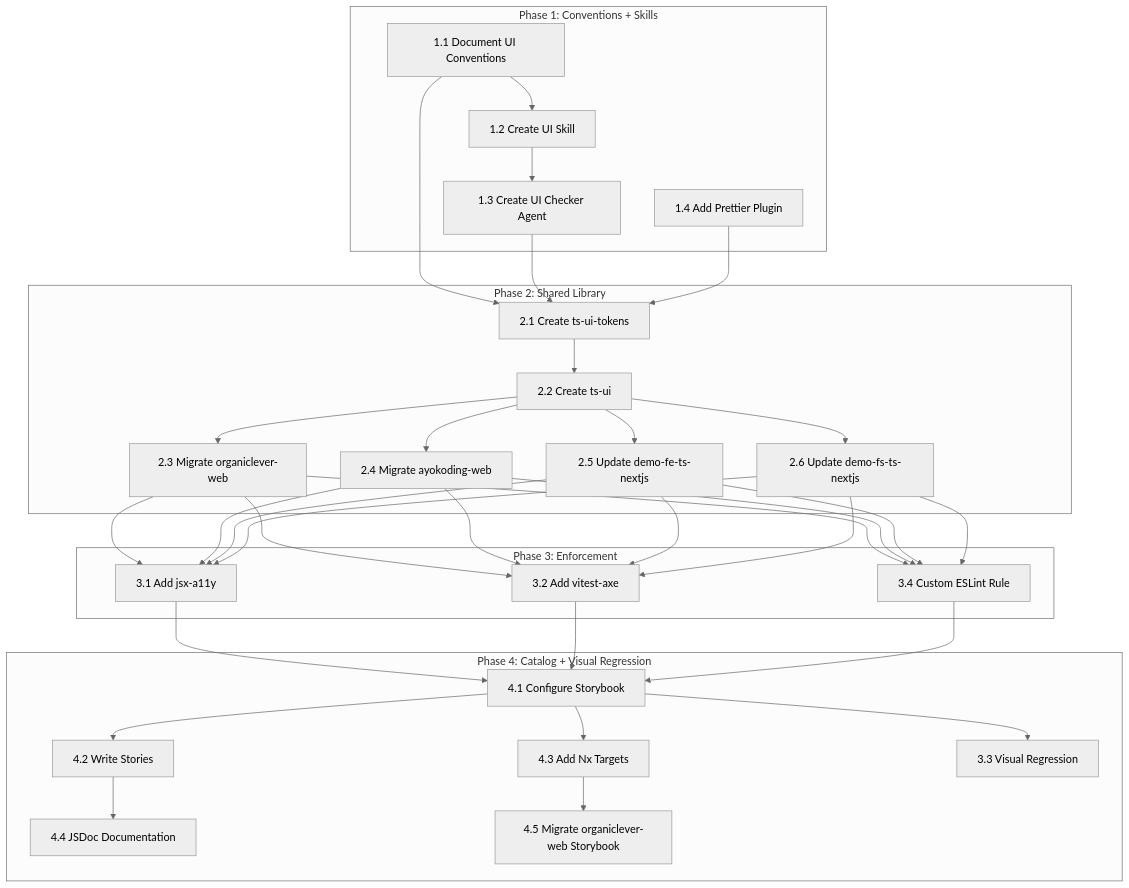
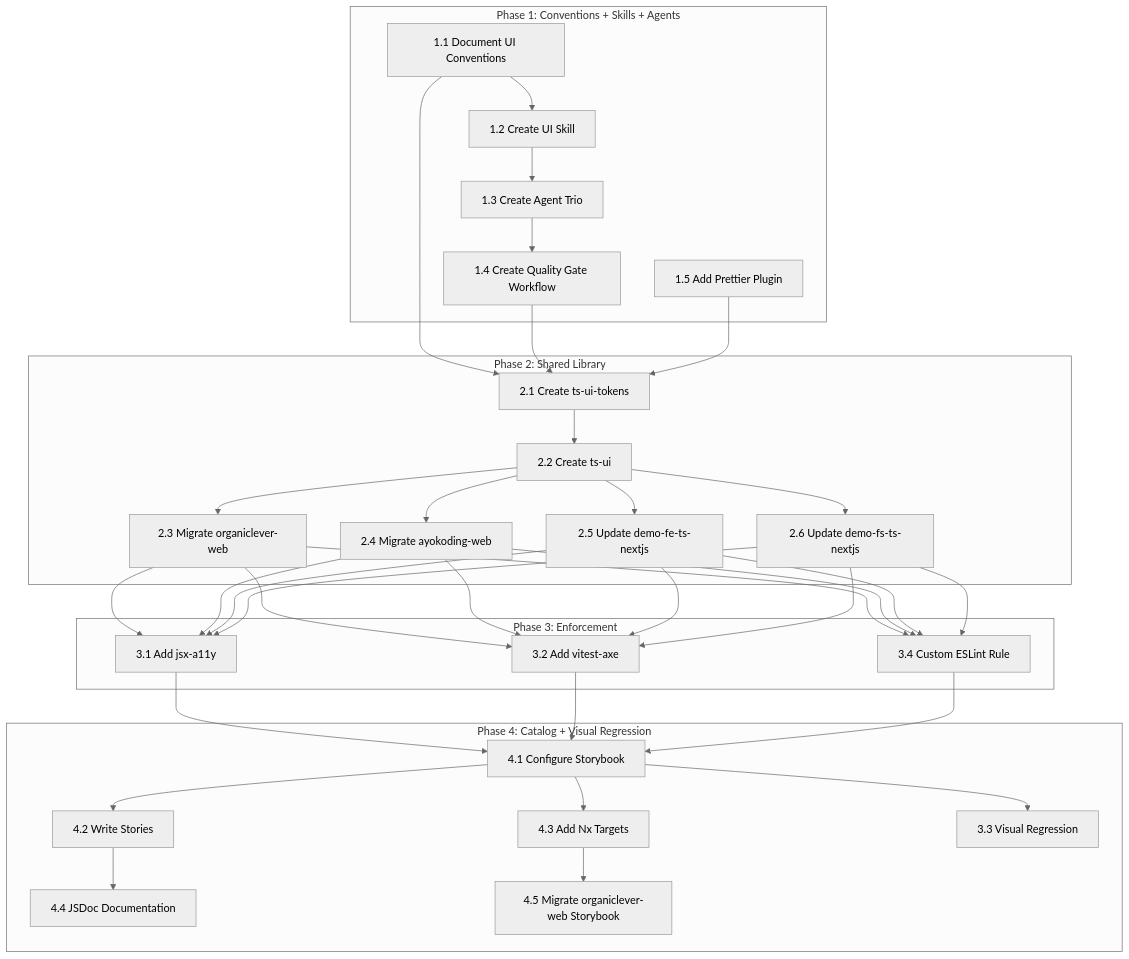
The diagram in plans/in-progress/2026-03-27__ui-development-improvement/delivery.md (wahidyankf/open-sharia-enterprise), drawn with Mermaid (neutral theme) before and after one commit. The commit also changed other lines of this file and 3 other files, not shown here.

First line of the commit message:
docs(plans): add full UI agent trio, quality gate workflow, and responsive requirements

````diff
--- a/plans/in-progress/2026-03-27__ui-development-improvement/delivery.md
+++ b/plans/in-progress/2026-03-27__ui-development-improvement/delivery.md
@@ -550,51 +605,53 @@
 ```mermaid
 flowchart TD
-  subgraph Phase1[Phase 1: Conventions + Skills]
+  subgraph Phase1[Phase 1: Conventions + Skills + Agents]
     A[1.1 Document UI Conventions]
     B[1.2 Create UI Skill]
-    C[1.3 Create UI Checker Agent]
-    D[1.4 Add Prettier Plugin]
+    C[1.3 Create Agent Trio]
+    D[1.4 Create Quality Gate Workflow]
+    D2[1.5 Add Prettier Plugin]
     A --> B
     B --> C
+    C --> D
   end
 
   subgraph Phase2[Phase 2: Shared Library]
     E[2.1 Create ts-ui-tokens]
     F[2.2 Create ts-ui]
     G[2.3 Migrate organiclever-web]
     H[2.4 Migrate ayokoding-web]
     I[2.5 Update demo-fe-ts-nextjs]
     J[2.6 Update demo-fs-ts-nextjs]
     E --> F
     F --> G
     F --> H
     F --> I
     F --> J
   end
 
   subgraph Phase3[Phase 3: Enforcement]
     K[3.1 Add jsx-a11y]
     L[3.2 Add vitest-axe]
     N[3.4 Custom ESLint Rule]
   end
 
   subgraph Phase4[Phase 4: Catalog + Visual Regression]
     O[4.1 Configure Storybook]
     P[4.2 Write Stories]
     Q[4.3 Add Nx Targets]
     R[4.4 JSDoc Documentation]
     S[4.5 Migrate organiclever-web Storybook]
     M[3.3 Visual Regression]
     O --> P
     O --> Q
     O --> M
     P --> R
     Q --> S
   end
 
-  A & C & D --> E
+  A & D & D2 --> E
   G & H & I & J --> K
   G & H & I & J --> L
   G & H & I & J --> N
   K & L & N --> O
 ```
````
